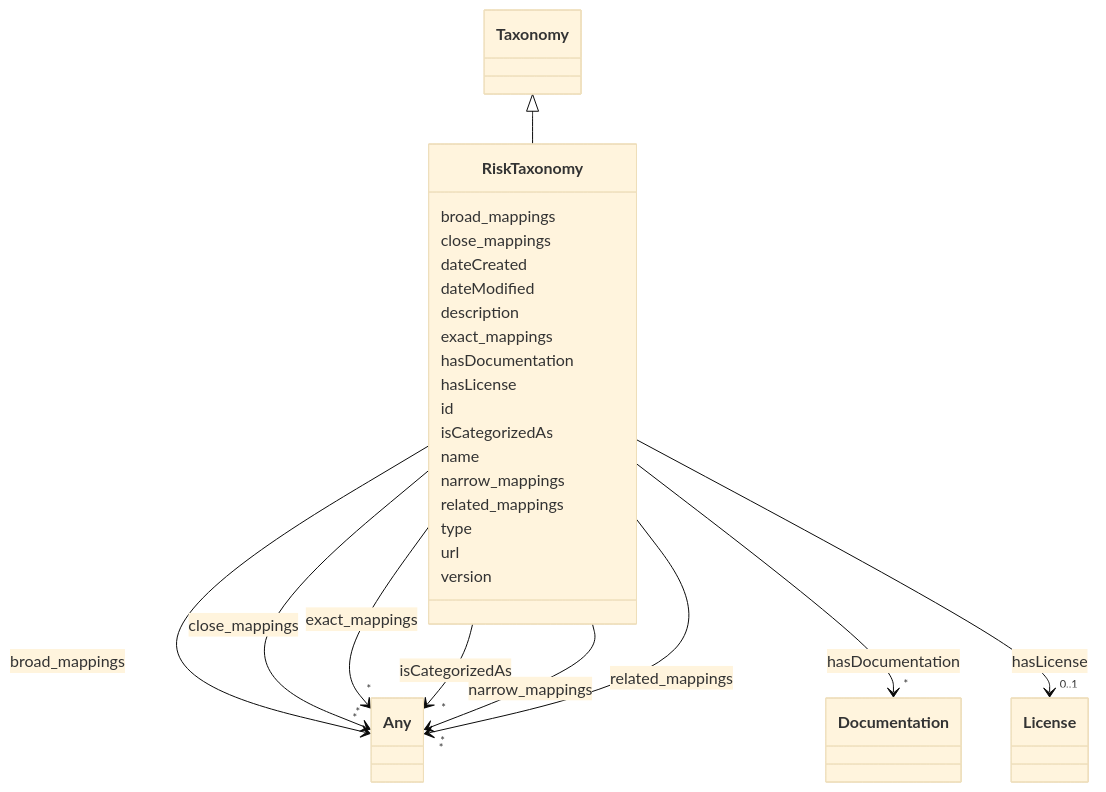
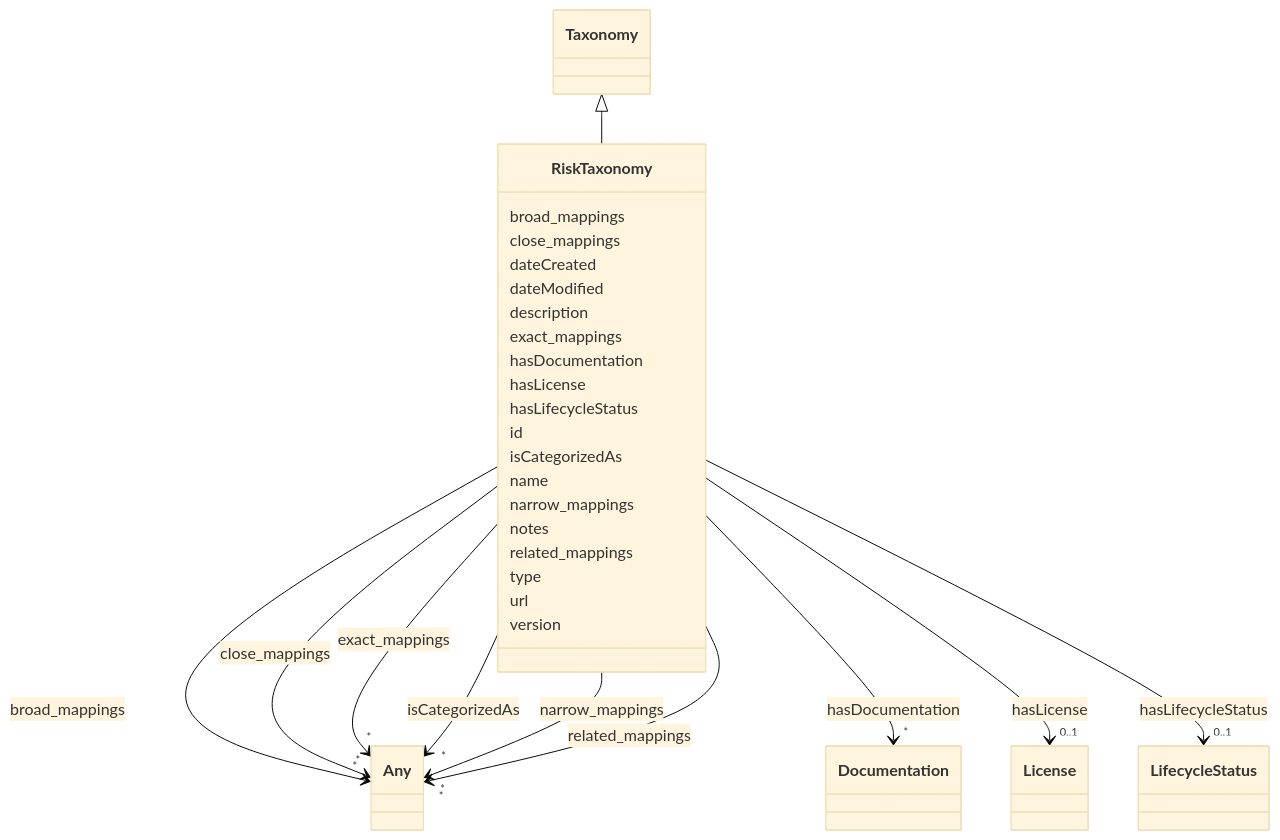
The diagram in docs/ontology/RiskTaxonomy.md (ingelise/risk-atlas-nexus), drawn with Mermaid (base theme) before and after one commit. The commit also changed other lines of this file and 190 other files, not shown here.

```diff
--- a/docs/ontology/RiskTaxonomy.md
+++ b/docs/ontology/RiskTaxonomy.md
@@ -79,6 +79,17 @@
 
 
 
+      RiskTaxonomy : hasLifecycleStatus
+
+
+
+
+
+        RiskTaxonomy --> "0..1" LifecycleStatus : hasLifecycleStatus
+        click LifecycleStatus href "../LifecycleStatus/"
+
+
+
       RiskTaxonomy : id
 
       RiskTaxonomy : isCategorizedAs
@@ -105,6 +116,8 @@
 
 
 
+      RiskTaxonomy : notes
+
       RiskTaxonomy : related_mappings
 
 
```
